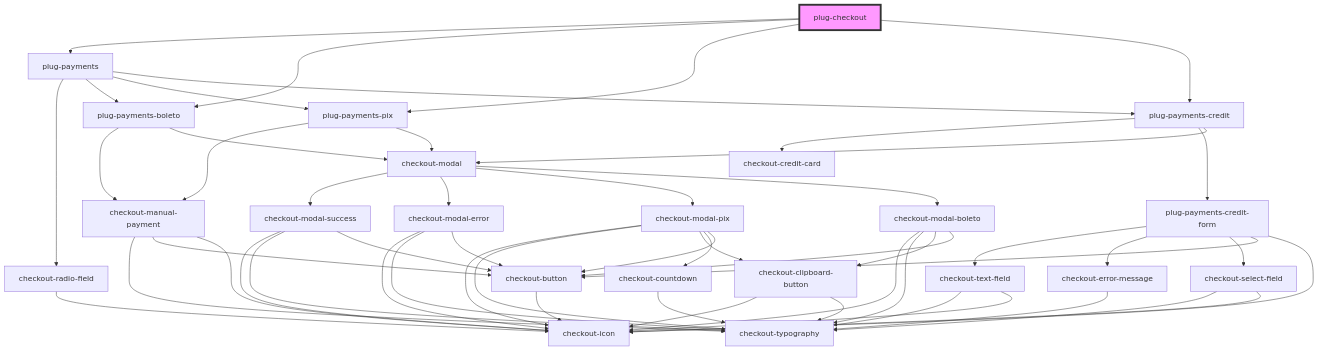
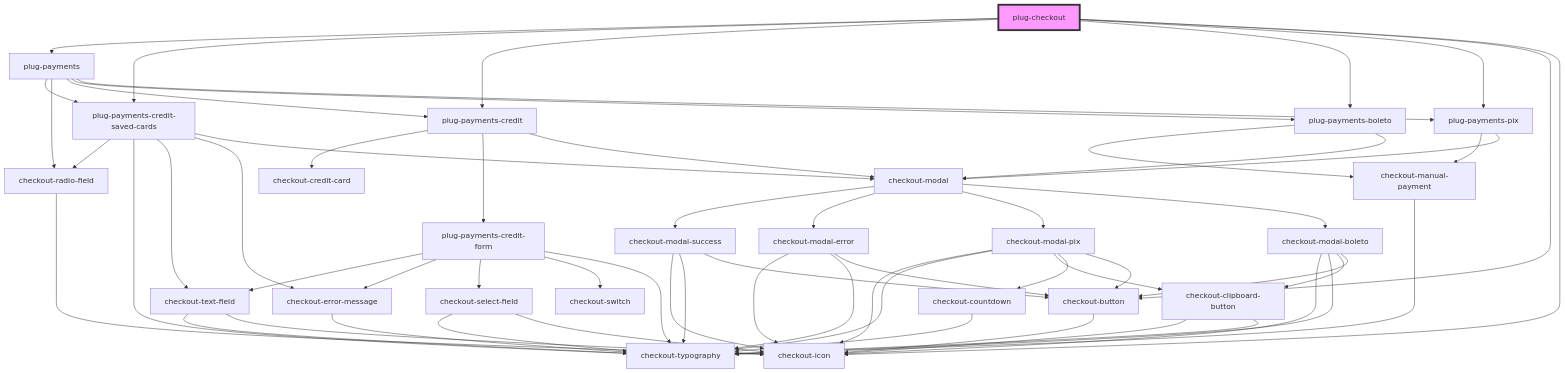
One commit to plughacker/malga-checkout changed the diagram in packages/checkout/core/src/components/plug-checkout/readme.md. Above: the diagram before and after it, drawn with Mermaid. The commit also changed other lines of this file and 7 other files, not shown here.

````diff
--- a/packages/checkout/core/src/components/plug-checkout/readme.md
+++ b/packages/checkout/core/src/components/plug-checkout/readme.md
@@ -39,56 +43,63 @@
 ```mermaid
 graph TD;
   plug-checkout --> plug-payments
+  plug-checkout --> plug-payments-credit-saved-cards
+  plug-checkout --> plug-payments-credit
   plug-checkout --> plug-payments-boleto
   plug-checkout --> plug-payments-pix
-  plug-checkout --> plug-payments-credit
+  plug-checkout --> checkout-button
+  plug-checkout --> checkout-icon
+  plug-payments --> plug-payments-credit-saved-cards
   plug-payments --> checkout-radio-field
+  plug-payments --> plug-payments-credit
   plug-payments --> plug-payments-boleto
   plug-payments --> plug-payments-pix
-  plug-payments --> plug-payments-credit
+  plug-payments-credit-saved-cards --> checkout-radio-field
+  plug-payments-credit-saved-cards --> checkout-typography
+  plug-payments-credit-saved-cards --> checkout-text-field
+  plug-payments-credit-saved-cards --> checkout-error-message
+  plug-payments-credit-saved-cards --> checkout-modal
   checkout-radio-field --> checkout-icon
-  plug-payments-boleto --> checkout-manual-payment
-  plug-payments-boleto --> checkout-modal
-  checkout-manual-payment --> checkout-typography
-  checkout-manual-payment --> checkout-button
-  checkout-manual-payment --> checkout-icon
-  checkout-button --> checkout-icon
+  checkout-text-field --> checkout-typography
+  checkout-text-field --> checkout-icon
+  checkout-error-message --> checkout-typography
   checkout-modal --> checkout-modal-success
   checkout-modal --> checkout-modal-error
   checkout-modal --> checkout-modal-pix
   checkout-modal --> checkout-modal-boleto
   checkout-modal-success --> checkout-icon
   checkout-modal-success --> checkout-typography
   checkout-modal-success --> checkout-button
+  checkout-button --> checkout-icon
   checkout-modal-error --> checkout-icon
   checkout-modal-error --> checkout-typography
   checkout-modal-error --> checkout-button
   checkout-modal-pix --> checkout-icon
   checkout-modal-pix --> checkout-typography
   checkout-modal-pix --> checkout-clipboard-button
   checkout-modal-pix --> checkout-countdown
   checkout-modal-pix --> checkout-button
   checkout-clipboard-button --> checkout-icon
   checkout-clipboard-button --> checkout-typography
   checkout-countdown --> checkout-typography
   checkout-modal-boleto --> checkout-icon
   checkout-modal-boleto --> checkout-typography
   checkout-modal-boleto --> checkout-clipboard-button
   checkout-modal-boleto --> checkout-button
-  plug-payments-pix --> checkout-manual-payment
-  plug-payments-pix --> checkout-modal
   plug-payments-credit --> checkout-credit-card
   plug-payments-credit --> plug-payments-credit-form
   plug-payments-credit --> checkout-modal
   plug-payments-credit-form --> checkout-text-field
   plug-payments-credit-form --> checkout-error-message
   plug-payments-credit-form --> checkout-select-field
-  plug-payments-credit-form --> checkout-button
-  plug-payments-credit-form --> checkout-icon
-  checkout-text-field --> checkout-typography
-  checkout-text-field --> checkout-icon
-  checkout-error-message --> checkout-typography
+  plug-payments-credit-form --> checkout-switch
+  plug-payments-credit-form --> checkout-typography
   checkout-select-field --> checkout-typography
   checkout-select-field --> checkout-icon
+  plug-payments-boleto --> checkout-manual-payment
+  plug-payments-boleto --> checkout-modal
+  checkout-manual-payment --> checkout-typography
+  plug-payments-pix --> checkout-manual-payment
+  plug-payments-pix --> checkout-modal
   style plug-checkout fill:#f9f,stroke:#333,stroke-width:4px
 ```
````
